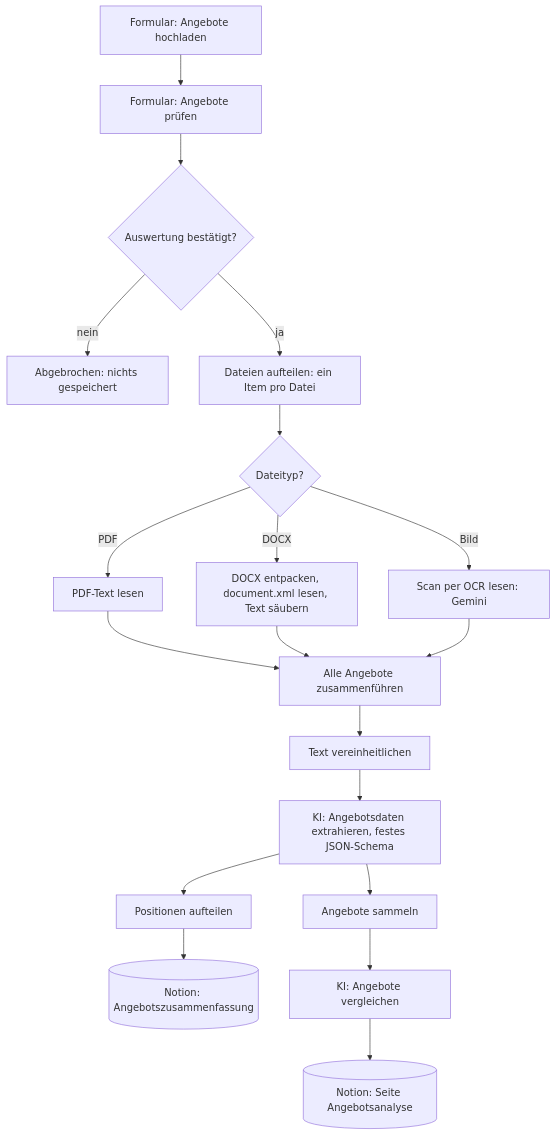
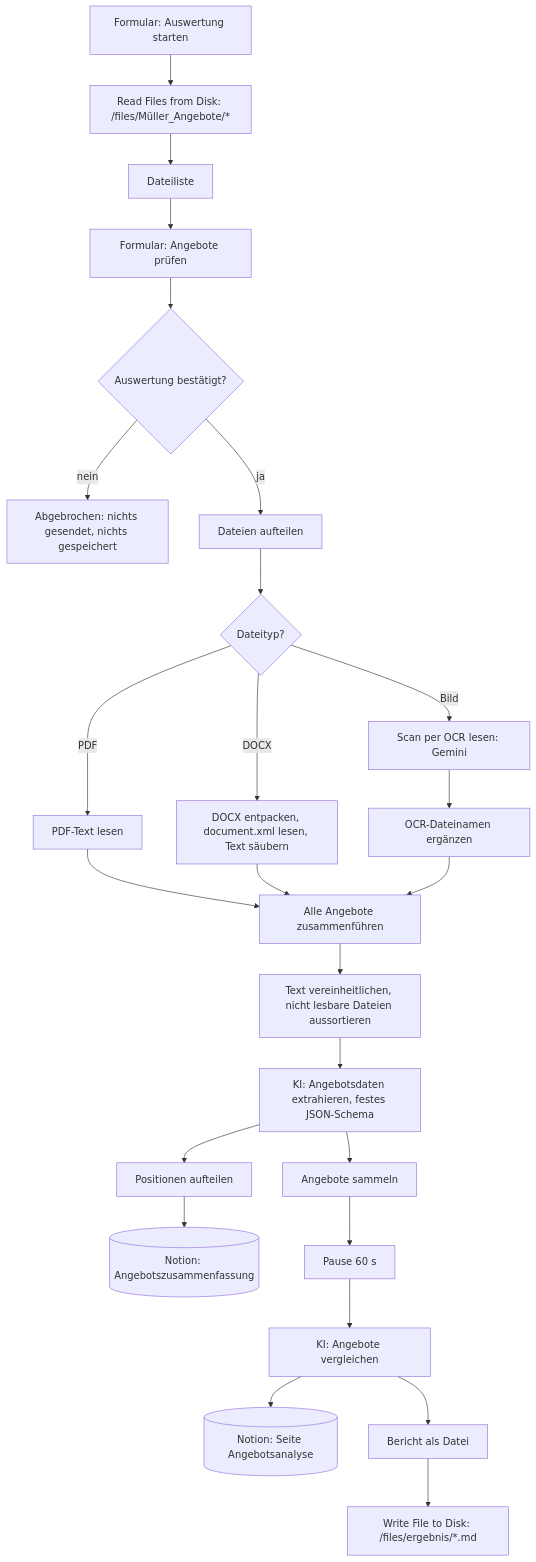
Before and after one commit to Oliver3110/n8n-angebotsauswertung-bau: the diagram in README.md, drawn with Mermaid. The commit also changed other lines of this file and 1 other file, not shown here.

Commit message:
Ordner-Version: Angebote per Read Files from Disk einlesen, Bericht als Datei

````diff
--- a/README.md
+++ b/README.md
@@ -29,21 +30,22 @@
 ```mermaid
 flowchart TD
-    A[Formular: Angebote hochladen] --> B[Formular: Angebote prüfen]
-    B --> C{Auswertung bestätigt?}
-    C -- nein --> X[Abgebrochen: nichts gespeichert]
-    C -- ja --> D[Dateien aufteilen: ein Item pro Datei]
-    D --> E{Dateityp?}
-    E -- PDF --> F[PDF-Text lesen]
-    E -- DOCX --> G[DOCX entpacken, document.xml lesen, Text säubern]
-    E -- Bild --> H[Scan per OCR lesen: Gemini]
-    F --> I[Alle Angebote zusammenführen]
-    G --> I
-    H --> I
-    I --> J[Text vereinheitlichen]
-    J --> K[KI: Angebotsdaten extrahieren, festes JSON-Schema]
-    K --> L[Positionen aufteilen]
-    L --> M[(Notion: Angebotszusammenfassung)]
-    K --> N[Angebote sammeln]
-    N --> O[KI: Angebote vergleichen]
-    O --> P[(Notion: Seite Angebotsanalyse)]
+    A[Formular: Auswertung starten] --> B[Read Files from Disk: /files/Müller_Angebote/*]
+    B --> C[Dateiliste]
+    C --> D[Formular: Angebote prüfen]
+    D --> E{Auswertung bestätigt?}
+    E -- nein --> X[Abgebrochen: nichts gesendet, nichts gespeichert]
+    E -- ja --> F[Dateien aufteilen]
+    F --> G{Dateityp?}
+    G -- PDF --> H[PDF-Text lesen]
+    G -- DOCX --> I[DOCX entpacken, document.xml lesen, Text säubern]
+    G -- Bild --> J[Scan per OCR lesen: Gemini] --> J2[OCR-Dateinamen ergänzen]
+    H --> K[Alle Angebote zusammenführen]
+    I --> K
+    J2 --> K
+    K --> L[Text vereinheitlichen, nicht lesbare Dateien aussortieren]
+    L --> M[KI: Angebotsdaten extrahieren, festes JSON-Schema]
+    M --> N[Positionen aufteilen] --> O[(Notion: Angebotszusammenfassung)]
+    M --> P[Angebote sammeln] --> Q[Pause 60 s] --> R[KI: Angebote vergleichen]
+    R --> S[(Notion: Seite Angebotsanalyse)]
+    R --> T[Bericht als Datei] --> U[Write File to Disk: /files/ergebnis/*.md]
 ```
````
